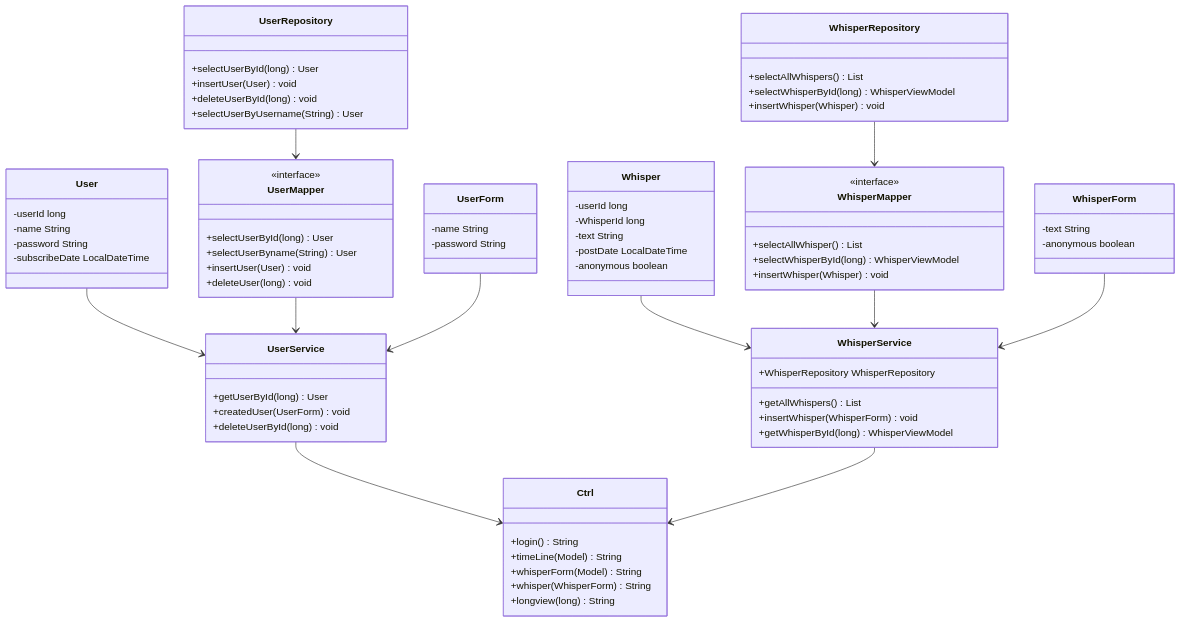
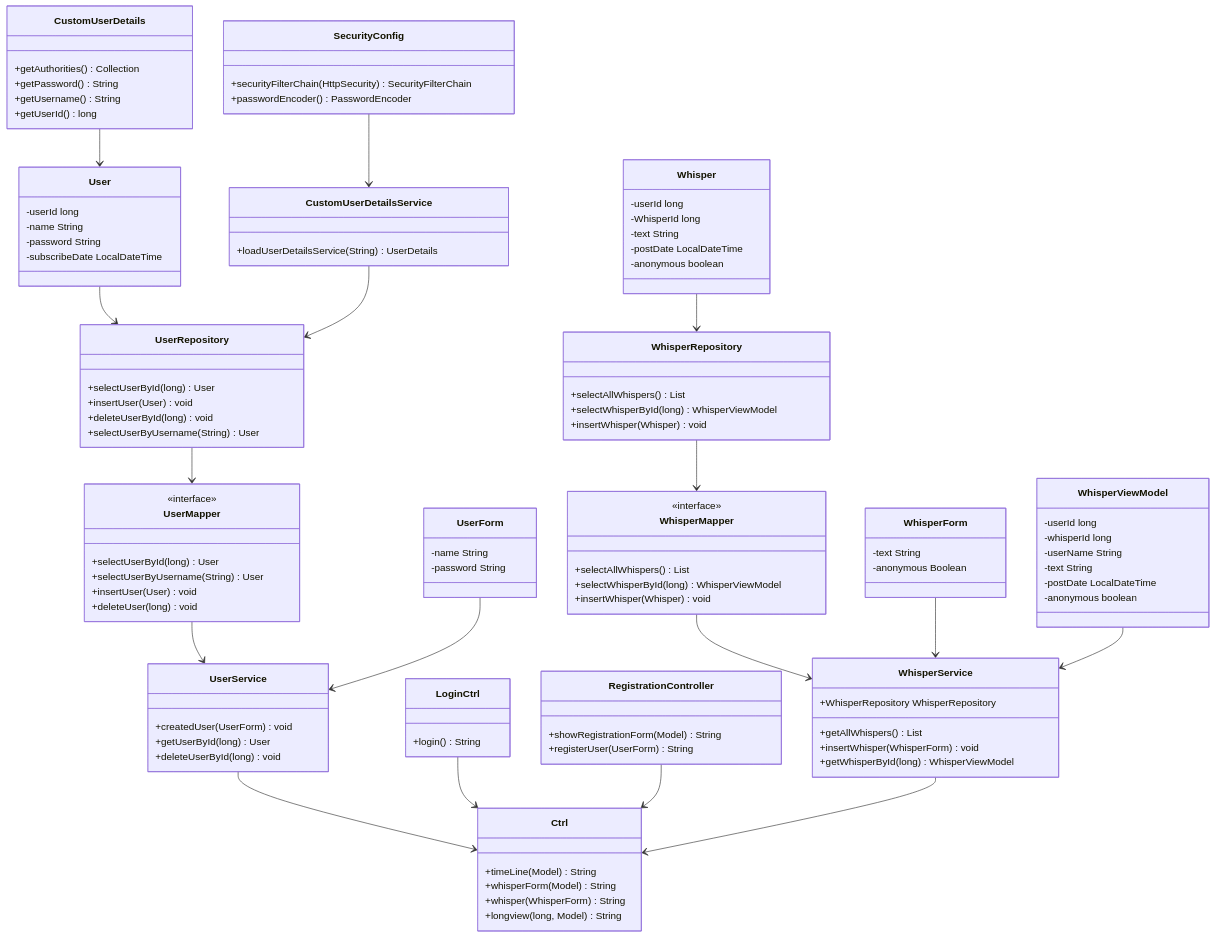
The first of 2 diagrams in other/structure.md (yukiyuukiyuuuki/breeze), drawn with Mermaid before and after one commit. The commit also changed other lines of this file, not shown here.

Commit message:
change  structure.md-2

````diff
--- a/other/structure.md
+++ b/other/structure.md
@@ -2,8 +3,8 @@
 ```mermaid
 classDiagram
     class UserService {
+        +createdUser(UserForm) void
         +getUserById(long) User
-        +createdUser(UserForm) void
         +deleteUserById(long) void
     }
     class User {
@@ -21,7 +22,7 @@
     class UserMapper {
         <<interface>>
         +selectUserById(long) User
-        +selectUserByname(String) User
+        +selectUserByUsername(String) User
         +insertUser(User) void
         +deleteUser(long) void
     }
@@ -31,7 +32,7 @@
     }
     class WhisperService {
         +WhisperRepository WhisperRepository
-        +getAllWhispers() List<Whisper>
+        +getAllWhispers() List<WhisperViewModel>
         +insertWhisper(WhisperForm) void
         +getWhisperById(long) WhisperViewModel
     }
@@ -49,30 +50,68 @@
     }
     class WhisperMapper {
         <<interface>>
-        +selectAllWhisper() List<WhisperViewModel>
+        +selectAllWhispers() List<WhisperViewModel>
         +selectWhisperById(long) WhisperViewModel
         +insertWhisper(Whisper) void
     }
     class WhisperForm {
         -text String
+        -anonymous Boolean
+    }
+    class WhisperViewModel {
+        -userId long
+        -whisperId long
+        -userName String
+        -text String
+        -postDate LocalDateTime
         -anonymous boolean
     }
+
+    class CustomUserDetails {
+        +getAuthorities() Collection<? extends GrantedAuthority>
+        +getPassword() String
+        +getUsername() String
+        +getUserId() long
+    }
+    class CustomUserDetailsService {
+        +loadUserDetailsService(String) UserDetails
+    }
+    class SecurityConfig {
+        +securityFilterChain(HttpSecurity) SecurityFilterChain
+        +passwordEncoder() PasswordEncoder
+    }
+
     class Ctrl {
-        +login() String
         +timeLine(Model) String
         +whisperForm(Model) String
         +whisper(WhisperForm) String
-        +longview(long) String
+        +longview(long, Model) String
+    }
+    class LoginCtrl{
+        +login() String
+    }
+    class RegistrationController{
+        +showRegistrationForm(Model) String
+        +registerUser(UserForm) String
     }
 
-    User --> UserService
+    User --> UserRepository
     UserMapper --> UserService
     UserRepository --> UserMapper
     UserForm --> UserService
-    Whisper --> WhisperService
+    CustomUserDetails --> User
+    CustomUserDetailsService --> UserRepository
+    SecurityConfig --> CustomUserDetailsService
+    Whisper --> WhisperRepository
     WhisperMapper --> WhisperService
     WhisperRepository --> WhisperMapper
     WhisperForm --> WhisperService
+    WhisperViewModel --> WhisperService
     UserService --> Ctrl
+    LoginCtrl --> Ctrl
+    RegistrationController --> Ctrl
     WhisperService --> Ctrl
+
+
+
 ```
````
